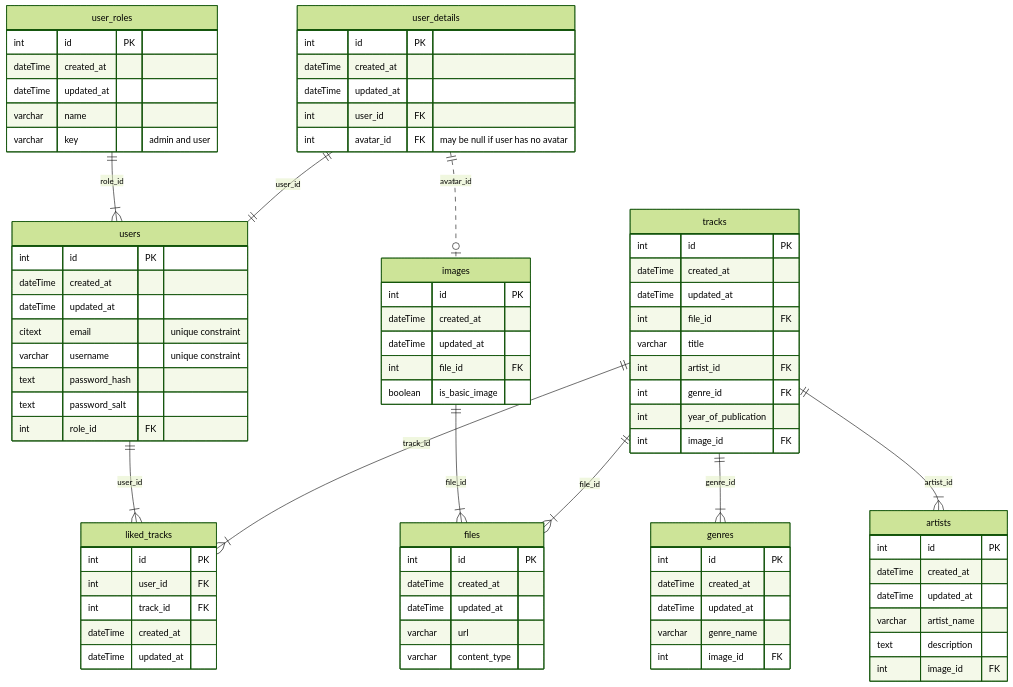
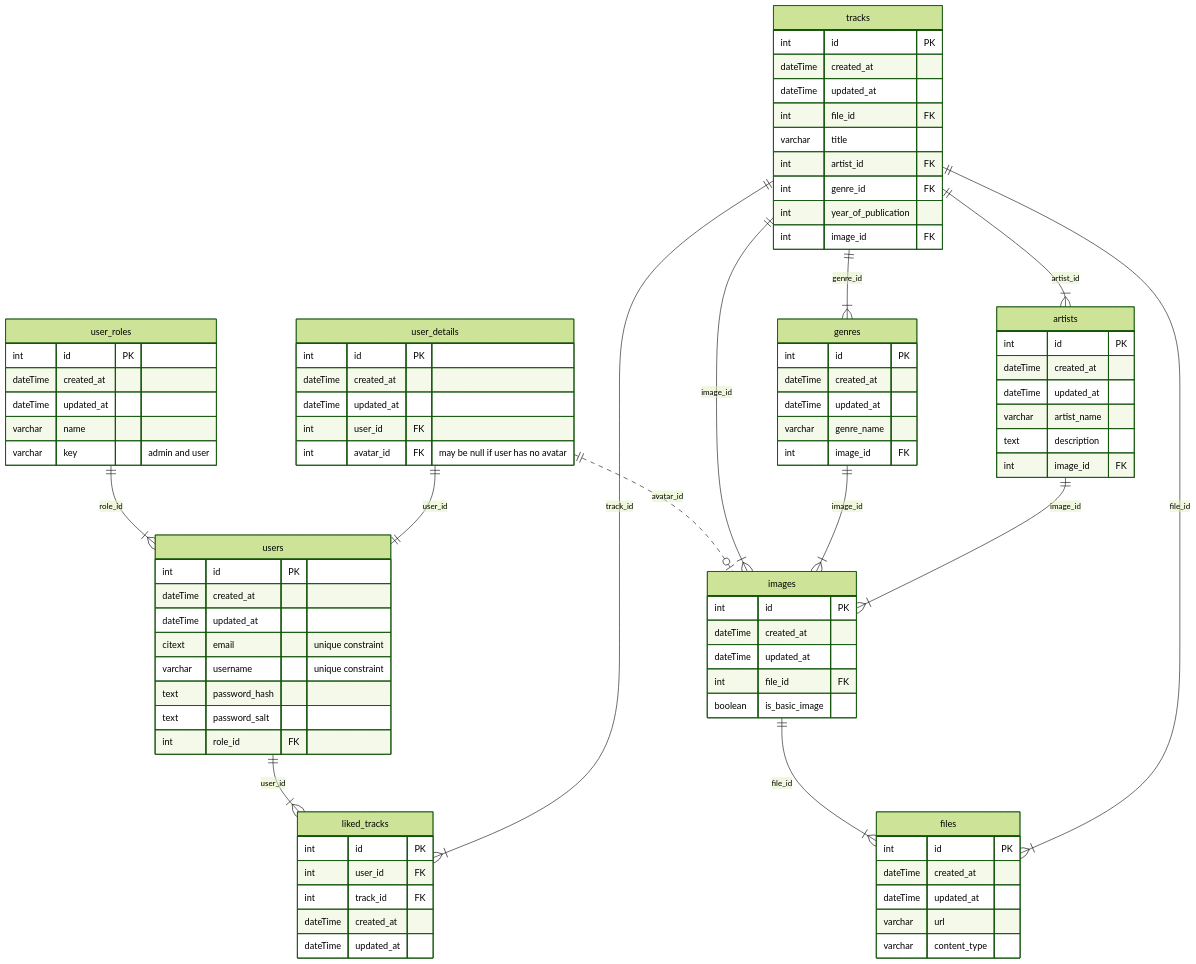
Before and after one commit to Nanaier/kursova-3: the diagram in readme.md, drawn with Mermaid (forest theme). The commit also changed 3 other files, not shown here.

````diff
--- a/readme.md
+++ b/readme.md
@@ -95,9 +95,12 @@
    images ||--|{ files : file_id
    users ||--|{ liked_tracks : user_id
    tracks ||--|{ liked_tracks : track_id
+   tracks ||--|{ images : image_id
    tracks ||--|{ files : file_id
    tracks ||--|{ genres : genre_id
    tracks ||--|{ artists : artist_id
+   genres ||--|{ images : image_id
+   artists ||--|{ images : image_id
 
 
 ```
````
